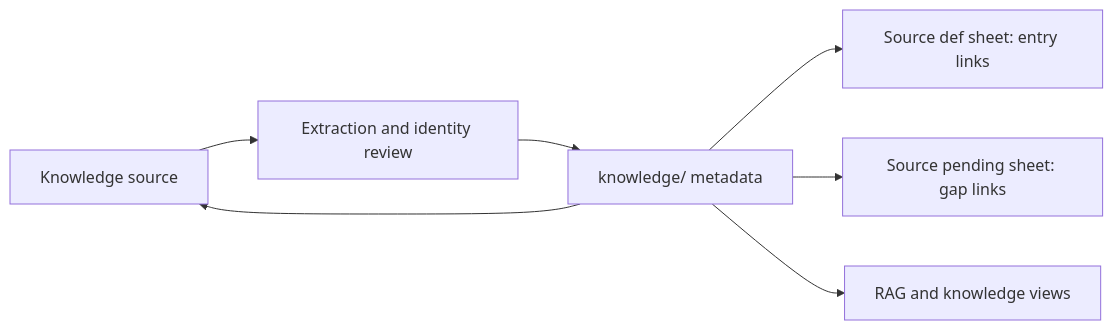
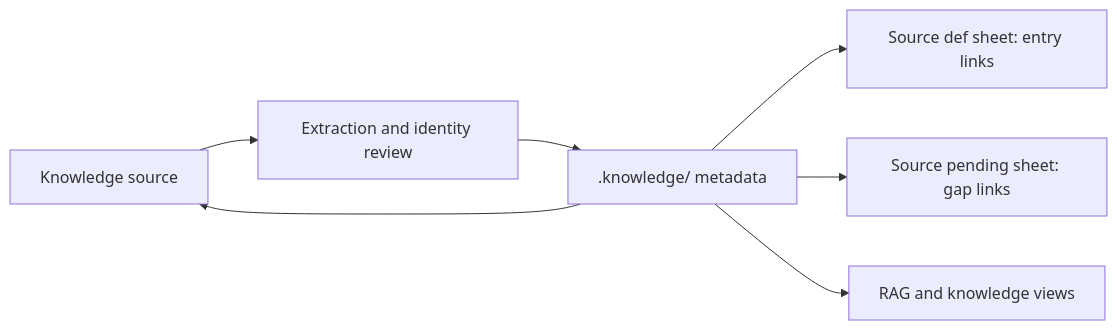
Before and after one commit to qiulinfan/kgdistiller: the diagram in docs/paper-sheets-upstream.md, drawn with Mermaid. The commit also changed other lines of this file and 165 other files, not shown here.

````diff
--- a/docs/paper-sheets-upstream.md
+++ b/docs/paper-sheets-upstream.md
@@ -8,9 +8,9 @@
 ```mermaid
 flowchart LR
   S[Knowledge source] --> R[Extraction and identity review]
-  R --> K[knowledge/ metadata]
+  R --> K[.knowledge/ metadata]
   K --> D[Source def sheet: entry links]
   K --> P[Source pending sheet: gap links]
   K --> Q[RAG and knowledge views]
   K --> S
 ```
````
